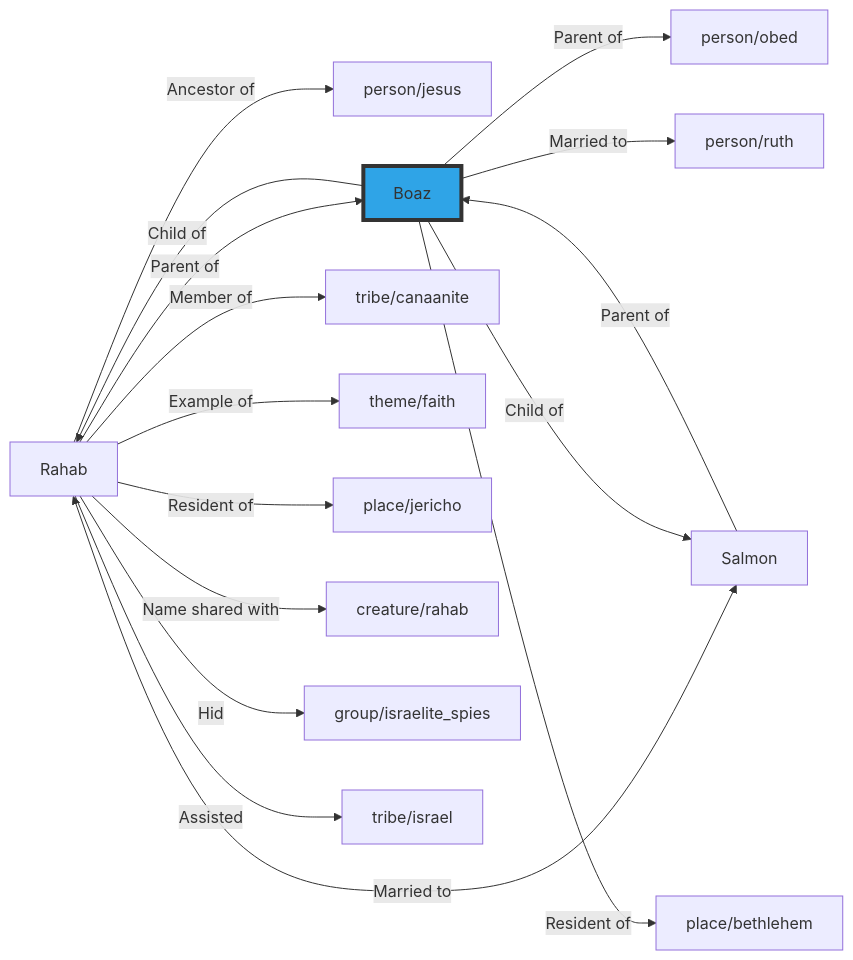
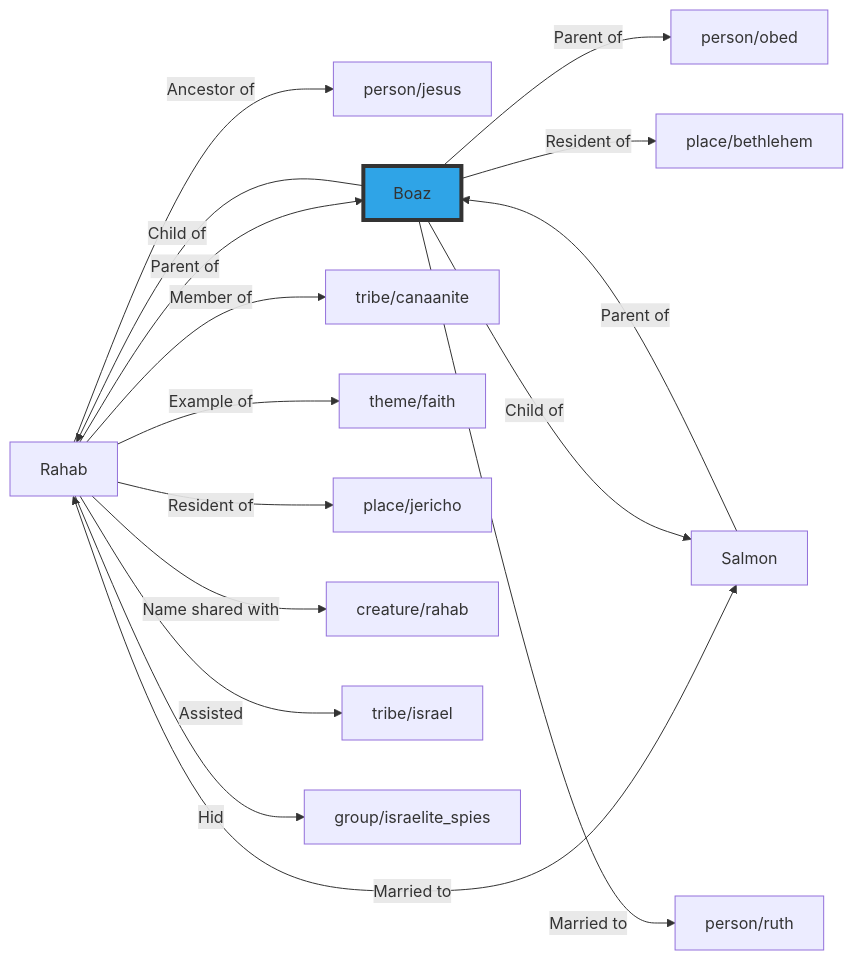
One commit to whitetreebible/connections changed the second of 2 diagrams in docs/en/person/boaz.md. Above: the diagram before and after it, drawn with Mermaid. The commit also changed other lines of this file and 3 other files, not shown here.

````diff
--- a/docs/en/person/boaz.md
+++ b/docs/en/person/boaz.md
@@ -30,22 +30,22 @@
 ```mermaid
 graph LR;
     Rahab -->|Ancestor of| person/jesus
     Salmon -->|Parent of| Boaz
+    Rahab -->|Parent of| Boaz
     Boaz -->|Parent of| person/obed
-    Rahab -->|Parent of| Boaz
-    Boaz -->|Married to| person/ruth
     Rahab -->|Member of| tribe/canaanite
+    Boaz -->|Resident of| place/bethlehem
+    Rahab <-->|Married to| Salmon
     Rahab -->|Example of| theme/faith
-    Rahab <-->|Married to| Salmon
     Rahab -->|Resident of| place/jericho
     Rahab -->|Name shared with| creature/rahab
+    Boaz -->|Married to| person/ruth
+    Rahab -->|Assisted| tribe/israel
     Rahab -->|Hid| group/israelite_spies
-    Boaz -->|Resident of| place/bethlehem
-    Rahab -->|Assisted| tribe/israel
     Boaz -->|Child of| Salmon
     Boaz -->|Child of| Rahab
     style Boaz fill:#2fa4e7,stroke:#333,stroke-width:4px;
     click Salmon "../../person/salmon/"
     click Boaz "../../person/boaz/"
     click Rahab "../../person/rahab/"
 ```
````
